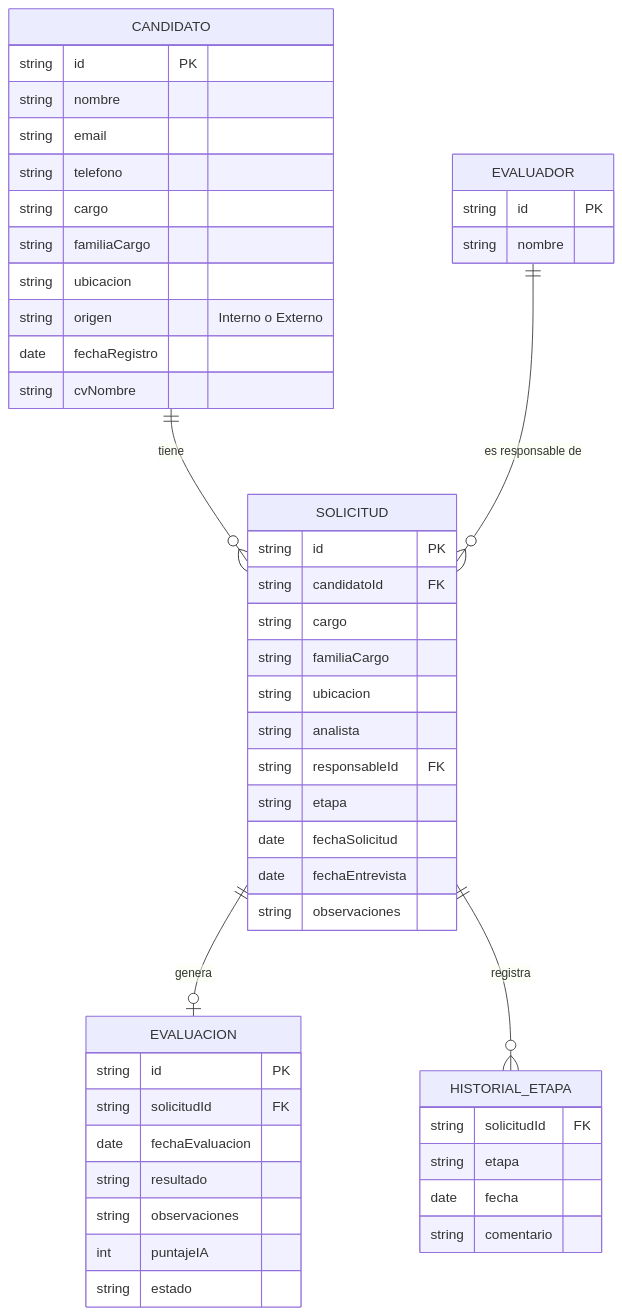
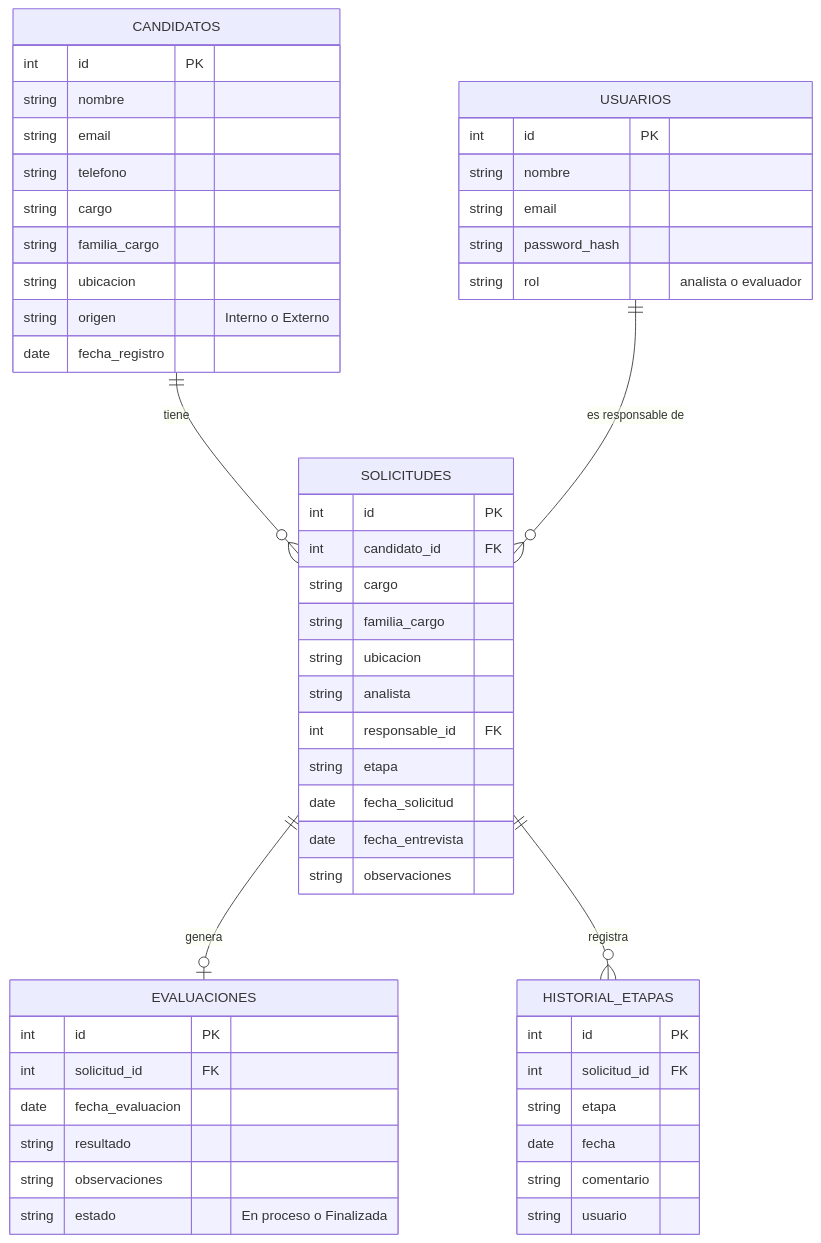
One commit to xaxo1/ProyectoAquaChile changed the diagram in docs/AVANCE.md. Above: the diagram before and after it, drawn with Mermaid. The commit also changed other lines of this file and 2 other files, not shown here.

````diff
--- a/docs/AVANCE.md
+++ b/docs/AVANCE.md
@@ -35,52 +38,55 @@
 ```mermaid
 erDiagram
-    CANDIDATO ||--o{ SOLICITUD : "tiene"
-    SOLICITUD ||--o| EVALUACION : "genera"
-    EVALUADOR ||--o{ SOLICITUD : "es responsable de"
-    SOLICITUD ||--o{ HISTORIAL_ETAPA : "registra"
+    CANDIDATOS ||--o{ SOLICITUDES : "tiene"
+    SOLICITUDES ||--o| EVALUACIONES : "genera"
+    USUARIOS ||--o{ SOLICITUDES : "es responsable de"
+    SOLICITUDES ||--o{ HISTORIAL_ETAPAS : "registra"
 
-    CANDIDATO {
-        string id PK
+    USUARIOS {
+        int id PK
+        string nombre
+        string email
+        string password_hash
+        string rol "analista o evaluador"
+    }
+    CANDIDATOS {
+        int id PK
         string nombre
         string email
         string telefono
         string cargo
-        string familiaCargo
+        string familia_cargo
         string ubicacion
         string origen "Interno o Externo"
-        date fechaRegistro
-        string cvNombre
+        date fecha_registro
     }
-    SOLICITUD {
-        string id PK
-        string candidatoId FK
+    SOLICITUDES {
+        int id PK
+        int candidato_id FK
         string cargo
-        string familiaCargo
+        string familia_cargo
         string ubicacion
         string analista
-        string responsableId FK
+        int responsable_id FK
         string etapa
-        date fechaSolicitud
-        date fechaEntrevista
+        date fecha_solicitud
+        date fecha_entrevista
         string observaciones
     }
-    EVALUACION {
-        string id PK
-        string solicitudId FK
-        date fechaEvaluacion
+    EVALUACIONES {
+        int id PK
+        int solicitud_id FK
+        date fecha_evaluacion
         string resultado
         string observaciones
-        int puntajeIA
-        string estado
+        string estado "En proceso o Finalizada"
     }
-    EVALUADOR {
-        string id PK
-        string nombre
-    }
-    HISTORIAL_ETAPA {
-        string solicitudId FK
+    HISTORIAL_ETAPAS {
+        int id PK
+        int solicitud_id FK
         string etapa
         date fecha
         string comentario
+        string usuario
     }
 ```
````
